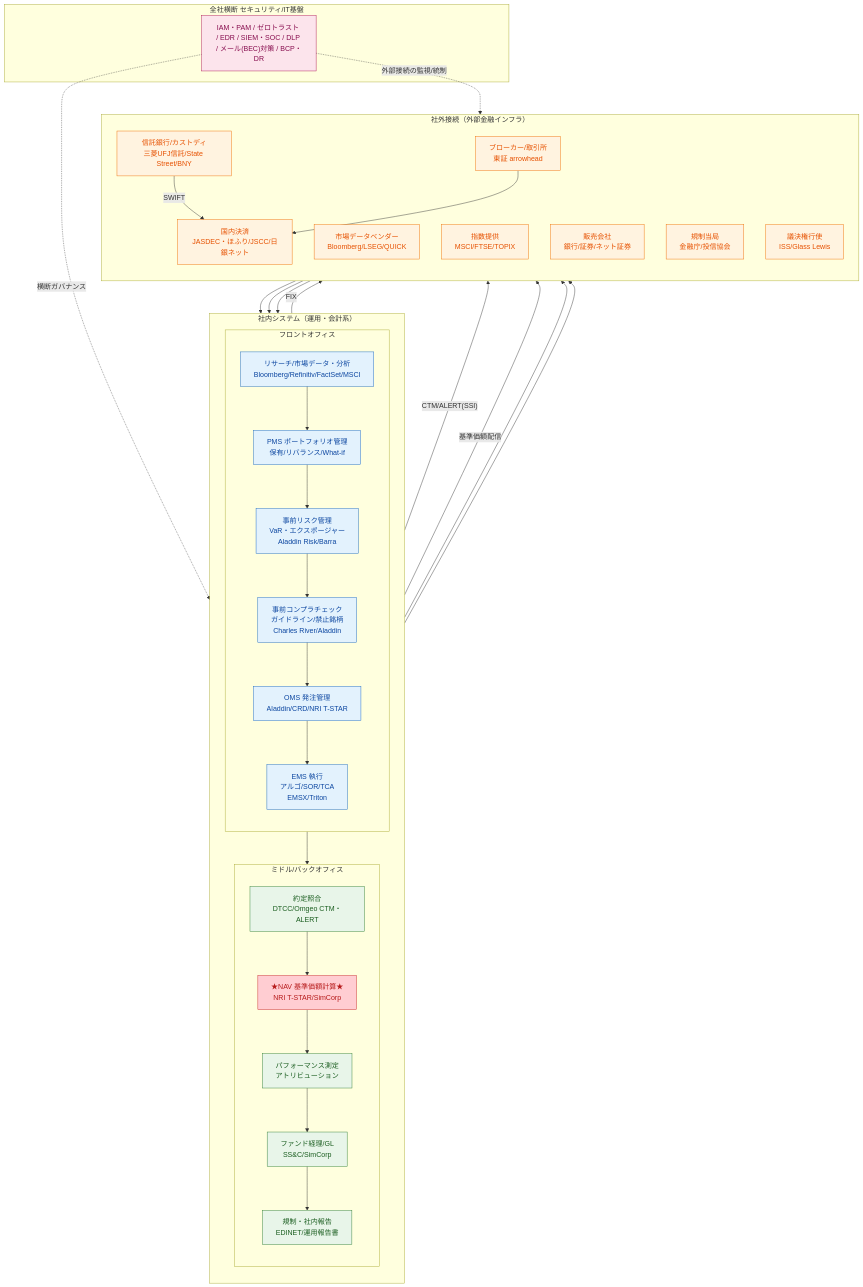
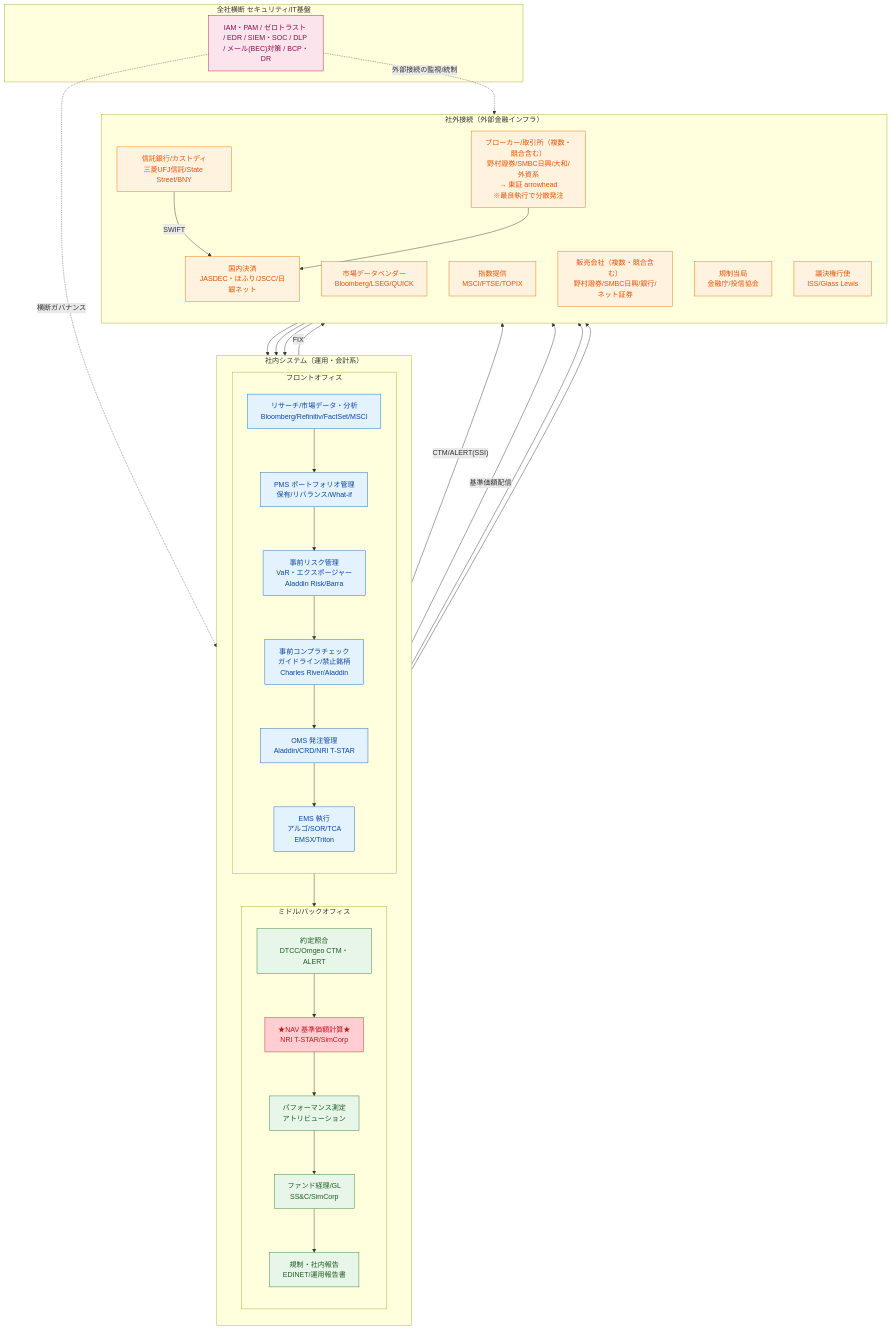
Before and after one commit to studystudy920-sudo/juken-collector--: the diagram in asset_mgmt_system_diagram.mmd, drawn with Mermaid. The commit also changed 3 other files, not shown here.

First line of the commit message:
Update: 取引先の広がり(競合含む・日興等)と外部接続をレポート/図に反映

```diff
--- a/asset_mgmt_system_diagram.mmd
+++ b/asset_mgmt_system_diagram.mmd
@@ -1,66 +1,66 @@
 flowchart TB
   classDef front fill:#e3f2fd,stroke:#1565c0,color:#0d47a1
   classDef midback fill:#e8f5e9,stroke:#2e7d32,color:#1b5e20
   classDef ext fill:#fff3e0,stroke:#ef6c00,color:#e65100
   classDef sec fill:#fce4ec,stroke:#ad1457,color:#880e4f
   classDef crit fill:#ffcdd2,stroke:#c62828,color:#b71c1c
 
   subgraph INTERNAL["社内システム（運用・会計系）"]
     direction TB
     subgraph FRONT["フロントオフィス"]
       direction TB
       RES["リサーチ/市場データ・分析<br/>Bloomberg/Refinitiv/FactSet/MSCI"]
       PMS["PMS ポートフォリオ管理<br/>保有/リバランス/What-if"]
       RISK["事前リスク管理<br/>VaR・エクスポージャー<br/>Aladdin Risk/Barra"]
       COMP["事前コンプラチェック<br/>ガイドライン/禁止銘柄<br/>Charles River/Aladdin"]
       OMS["OMS 発注管理<br/>Aladdin/CRD/NRI T-STAR"]
       EMS["EMS 執行<br/>アルゴ/SOR/TCA<br/>EMSX/Triton"]
       RES --> PMS --> RISK --> COMP --> OMS --> EMS
     end
     subgraph MIDBACK["ミドル/バックオフィス"]
       direction TB
       MATCH["約定照合<br/>DTCC/Omgeo CTM・ALERT"]
       NAV["★NAV 基準価額計算★<br/>NRI T-STAR/SimCorp"]
       PERF["パフォーマンス測定<br/>アトリビューション"]
       ACCT["ファンド経理/GL<br/>SS&amp;C/SimCorp"]
       REP["規制・社内報告<br/>EDINET/運用報告書"]
       MATCH --> NAV --> PERF --> ACCT --> REP
     end
   end
 
   subgraph PLATFORM["全社横断 セキュリティ/IT基盤"]
     SEC["IAM・PAM / ゼロトラスト / EDR / SIEM・SOC / DLP / メール(BEC)対策 / BCP・DR"]
   end
 
   subgraph EXTERNAL["社外接続（外部金融インフラ）"]
     direction TB
-    BROKER["ブローカー/取引所<br/>東証 arrowhead"]
+    BROKER["ブローカー/取引所（複数・競合含む）<br/>野村證券/SMBC日興/大和/外資系<br/>→ 東証 arrowhead<br/>※最良執行で分散発注"]
     CUST["信託銀行/カストディ<br/>三菱UFJ信託/State Street/BNY"]
     SETTLE["国内決済<br/>JASDEC・ほふり/JSCC/日銀ネット"]
     DATA["市場データベンダー<br/>Bloomberg/LSEG/QUICK"]
     INDEX["指数提供<br/>MSCI/FTSE/TOPIX"]
-    DIST["販売会社<br/>銀行/証券/ネット証券"]
+    DIST["販売会社（複数・競合含む）<br/>野村證券/SMBC日興/銀行/ネット証券"]
     REG["規制当局<br/>金融庁/投信協会"]
     PROXY["議決権行使<br/>ISS/Glass Lewis"]
   end
 
   OMS --> MATCH
   EMS -- "FIX" --> BROKER
   MATCH -- "CTM/ALERT(SSI)" --> CUST
   CUST -- "SWIFT" --> SETTLE
   BROKER --> SETTLE
   DATA --> RES
   DATA --> NAV
   INDEX --> PMS
   NAV -- "基準価額配信" --> DIST
   REP --> REG
   PMS --> PROXY
 
   SEC -. "横断ガバナンス" .-> INTERNAL
   SEC -. "外部接続の監視/統制" .-> EXTERNAL
 
   class RES,PMS,RISK,COMP,OMS,EMS front
   class MATCH,PERF,ACCT,REP midback
   class NAV crit
   class BROKER,CUST,SETTLE,DATA,INDEX,DIST,REG,PROXY ext
   class SEC sec
```
